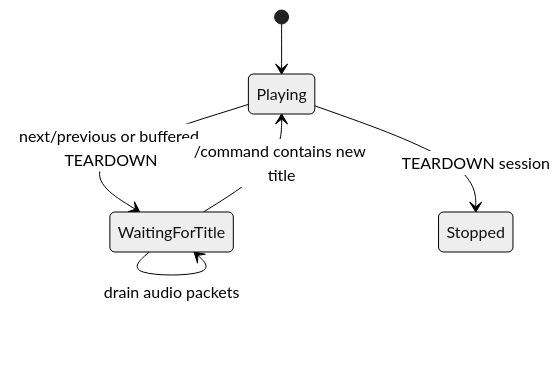
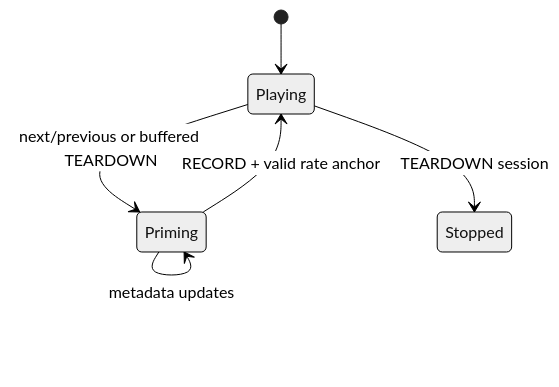
One commit to TAY0123/shairport-sync changed the third of 3 diagrams in shairport-rs/README.md. Above: the diagram before and after it, drawn with Mermaid (neutral theme). The commit also changed other lines of this file and 21 other files, not shown here.

````diff
--- a/shairport-rs/README.md
+++ b/shairport-rs/README.md
@@ -195,8 +196,8 @@
 ```mermaid
 stateDiagram-v2
     [*] --> Playing
-    Playing --> WaitingForTitle: next/previous or buffered TEARDOWN
-    WaitingForTitle --> WaitingForTitle: drain audio packets
-    WaitingForTitle --> Playing: /command contains new title
+    Playing --> Priming: next/previous or buffered TEARDOWN
+    Priming --> Priming: metadata updates
+    Priming --> Playing: RECORD + valid rate anchor
     Playing --> Stopped: TEARDOWN session
 ```
````
